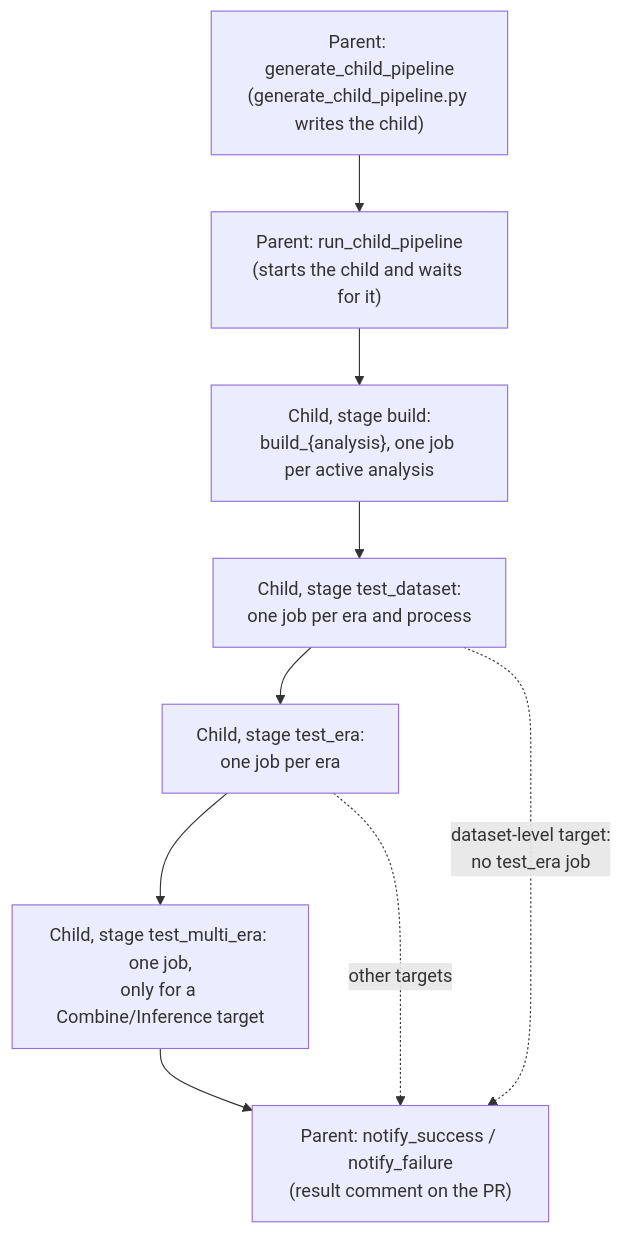
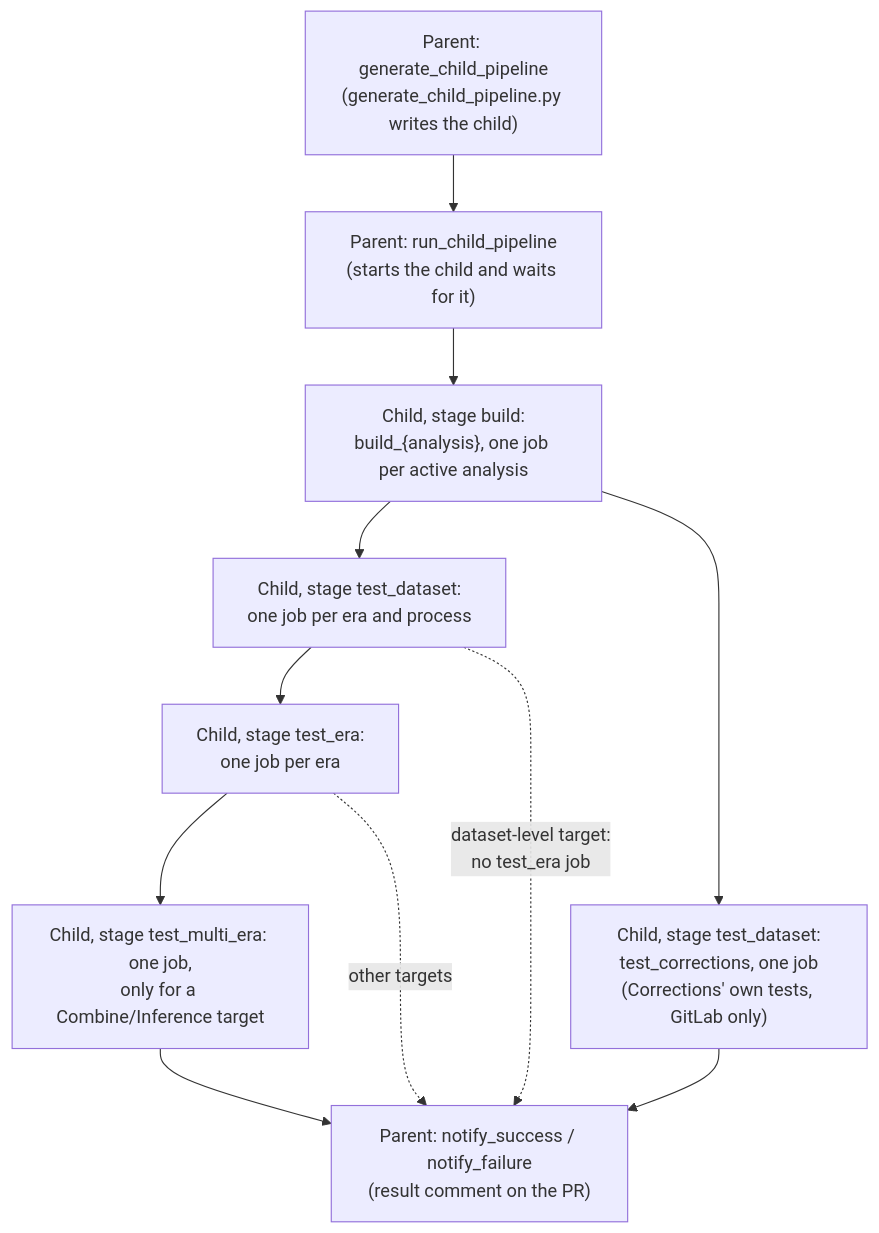
Before and after one commit to cms-flaf/FLAF: the second of 2 diagrams in docs/ci/integration-pipeline.md, drawn with Mermaid. The commit also changed other lines of this file and 54 other files, not shown here.

````diff
--- a/docs/ci/integration-pipeline.md
+++ b/docs/ci/integration-pipeline.md
@@ -183,11 +183,13 @@
 ```mermaid
 flowchart TD
     G["Parent: generate_child_pipeline<br/>(generate_child_pipeline.py writes the child)"] --> T["Parent: run_child_pipeline<br/>(starts the child and waits for it)"]
     T --> B["Child, stage build:<br/>build_{analysis}, one job per active analysis"]
     B --> D["Child, stage test_dataset:<br/>one job per era and process"]
+    B --> C["Child, stage test_dataset:<br/>test_corrections, one job<br/>(Corrections' own tests, GitLab only)"]
     D --> E["Child, stage test_era:<br/>one job per era"]
     E --> M["Child, stage test_multi_era: one job,<br/>only for a Combine/Inference target"]
     M --> N["Parent: notify_success / notify_failure<br/>(result comment on the PR)"]
     E -.->|"other targets"| N
     D -.->|"dataset-level target:<br/>no test_era job"| N
+    C --> N
 ```
````
